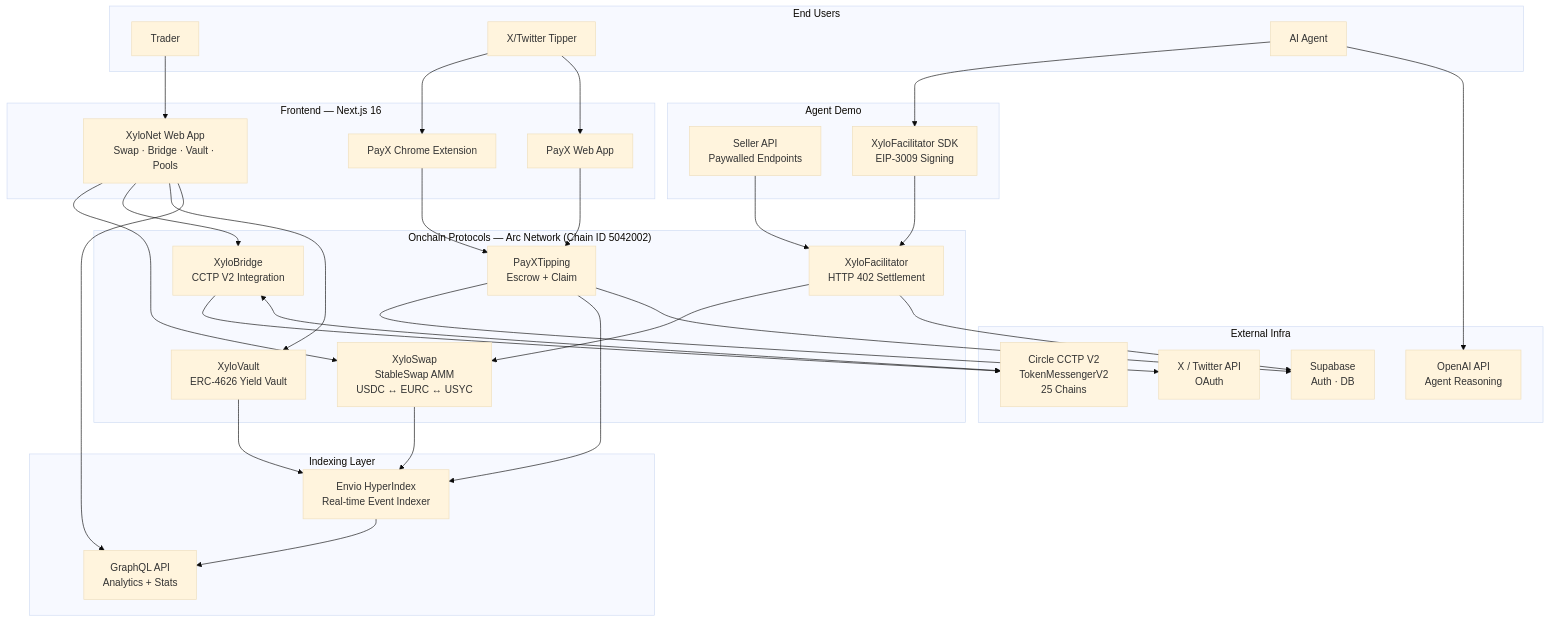
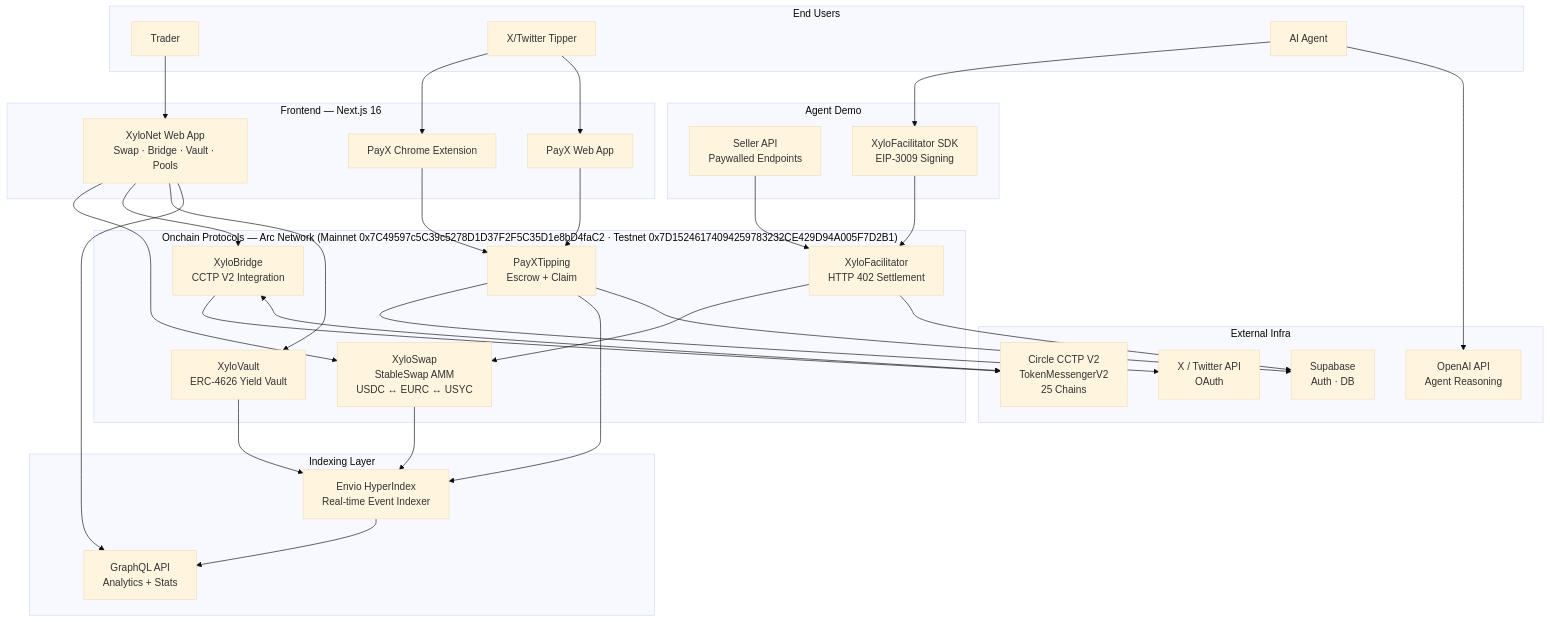
The diagram in README.md (Panchu11/xylonet-public), drawn with Mermaid (base theme) before and after one commit. The commit also changed other lines of this file and 6 other files, not shown here.

````diff
--- a/README.md
+++ b/README.md
@@ -52,68 +52,68 @@
 ```mermaid
 graph TB
     subgraph Users["End Users"]
         Trader["Trader"]
         Tipper["X/Twitter Tipper"]
         Agent["AI Agent"]
     end
 
     subgraph Frontend["Frontend — Next.js 16"]
         WebApp["XyloNet Web App<br/>Swap · Bridge · Vault · Pools"]
         PayXExt["PayX Chrome Extension"]
         PayXWeb["PayX Web App"]
     end
 
-    subgraph Protocols["Onchain Protocols — Arc Network (Chain ID 5042002)"]
+    subgraph Protocols["Onchain Protocols — Arc Network (Mainnet 0x7C49597c5C39c5278D1D37F2F5C35D1e8bD4faC2 · Testnet 0x7D15246174094259783232CE429D94A005F7D2B1)"]
         Swap["XyloSwap<br/>StableSwap AMM<br/>USDC ↔ EURC ↔ USYC"]
         Bridge["XyloBridge<br/>CCTP V2 Integration"]
         Vault["XyloVault<br/>ERC-4626 Yield Vault"]
         PayX["PayXTipping<br/>Escrow + Claim"]
         Fac["XyloFacilitator<br/>HTTP 402 Settlement"]
     end
 
     subgraph External["External Infra"]
         CCTP["Circle CCTP V2<br/>TokenMessengerV2<br/>25 Chains"]
         X["X / Twitter API<br/>OAuth"]
         Supabase["Supabase<br/>Auth · DB"]
         OpenAI["OpenAI API<br/>Agent Reasoning"]
     end
 
     subgraph Indexing["Indexing Layer"]
         Envio["Envio HyperIndex<br/>Real-time Event Indexer"]
         GraphQL["GraphQL API<br/>Analytics + Stats"]
     end
 
     subgraph AgentStack["Agent Demo"]
         Seller["Seller API<br/>Paywalled Endpoints"]
         AgentSDK["XyloFacilitator SDK<br/>EIP-3009 Signing"]
     end
 
     Trader --> WebApp
     Tipper --> PayXExt
     Tipper --> PayXWeb
     Agent --> AgentSDK
 
     WebApp --> Swap
     WebApp --> Bridge
     WebApp --> Vault
     PayXExt --> PayX
     PayXWeb --> PayX
     PayX --> X
 
     Bridge --> CCTP
     Bridge <--> CCTP
 
     Seller --> Fac
     AgentSDK --> Fac
     Fac --> Swap
     Agent --> OpenAI
 
     Swap --> Envio
     Vault --> Envio
     PayX --> Envio
     Envio --> GraphQL
     WebApp --> GraphQL
 
     Fac --> Supabase
     PayX --> Supabase
 ```
````
